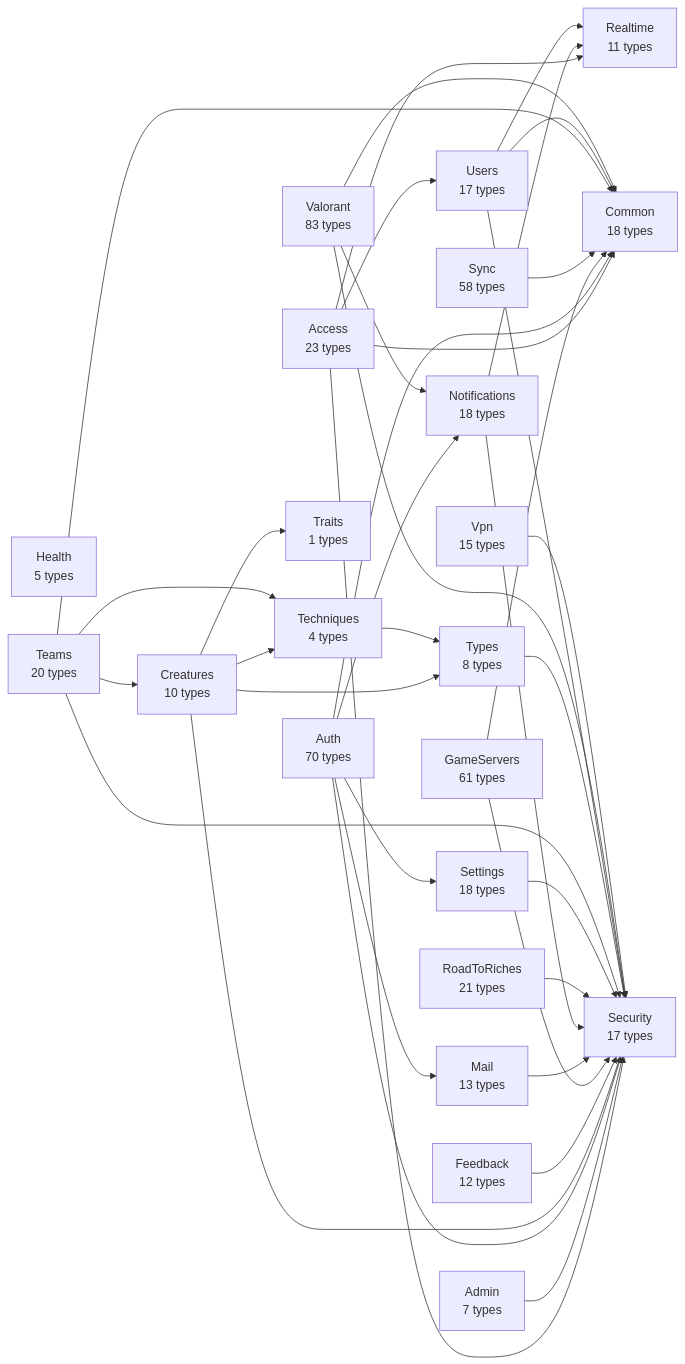
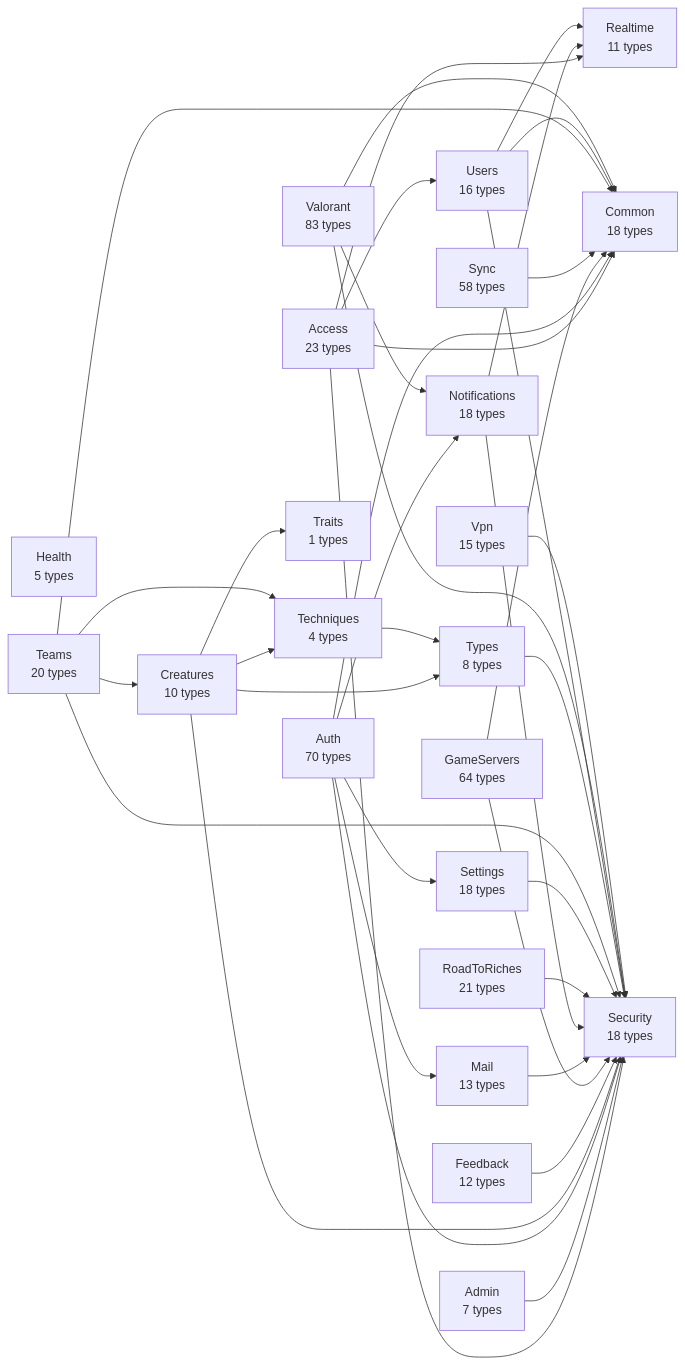
The diagram in api/docs/diagrams/00-modules.md (huiitre/Tools-app), drawn with Mermaid before and after one commit. The commit also changed 36 other files, not shown here.

````diff
--- a/api/docs/diagrams/00-modules.md
+++ b/api/docs/diagrams/00-modules.md
@@ -5,61 +5,61 @@
 ```mermaid
 flowchart LR
   Access["Access<br/>23 types"]
   Admin["Admin<br/>7 types"]
   Auth["Auth<br/>70 types"]
   Common["Common<br/>18 types"]
   Creatures["Creatures<br/>10 types"]
   Feedback["Feedback<br/>12 types"]
-  GameServers["GameServers<br/>61 types"]
+  GameServers["GameServers<br/>64 types"]
   Health["Health<br/>5 types"]
   Mail["Mail<br/>13 types"]
   Notifications["Notifications<br/>18 types"]
   Realtime["Realtime<br/>11 types"]
   RoadToRiches["RoadToRiches<br/>21 types"]
-  Security["Security<br/>17 types"]
+  Security["Security<br/>18 types"]
   Settings["Settings<br/>18 types"]
   Sync["Sync<br/>58 types"]
   Teams["Teams<br/>20 types"]
   Techniques["Techniques<br/>4 types"]
   Traits["Traits<br/>1 types"]
   Types["Types<br/>8 types"]
-  Users["Users<br/>17 types"]
+  Users["Users<br/>16 types"]
   Valorant["Valorant<br/>83 types"]
   Vpn["Vpn<br/>15 types"]
   Access --> Common
   Access --> Realtime
   Access --> Security
   Access --> Users
   Admin --> Security
   Auth --> Common
   Auth --> Mail
   Auth --> Notifications
   Auth --> Security
   Auth --> Settings
   Creatures --> Security
   Creatures --> Techniques
   Creatures --> Traits
   Creatures --> Types
   Feedback --> Security
   GameServers --> Common
   GameServers --> Security
   Mail --> Security
   Notifications --> Realtime
   Notifications --> Security
   RoadToRiches --> Security
   Settings --> Security
   Sync --> Common
   Teams --> Common
   Teams --> Creatures
   Teams --> Security
   Teams --> Techniques
   Techniques --> Types
   Types --> Security
   Users --> Common
   Users --> Realtime
   Users --> Security
   Valorant --> Common
   Valorant --> Notifications
   Valorant --> Security
   Vpn --> Security
 ```
````
